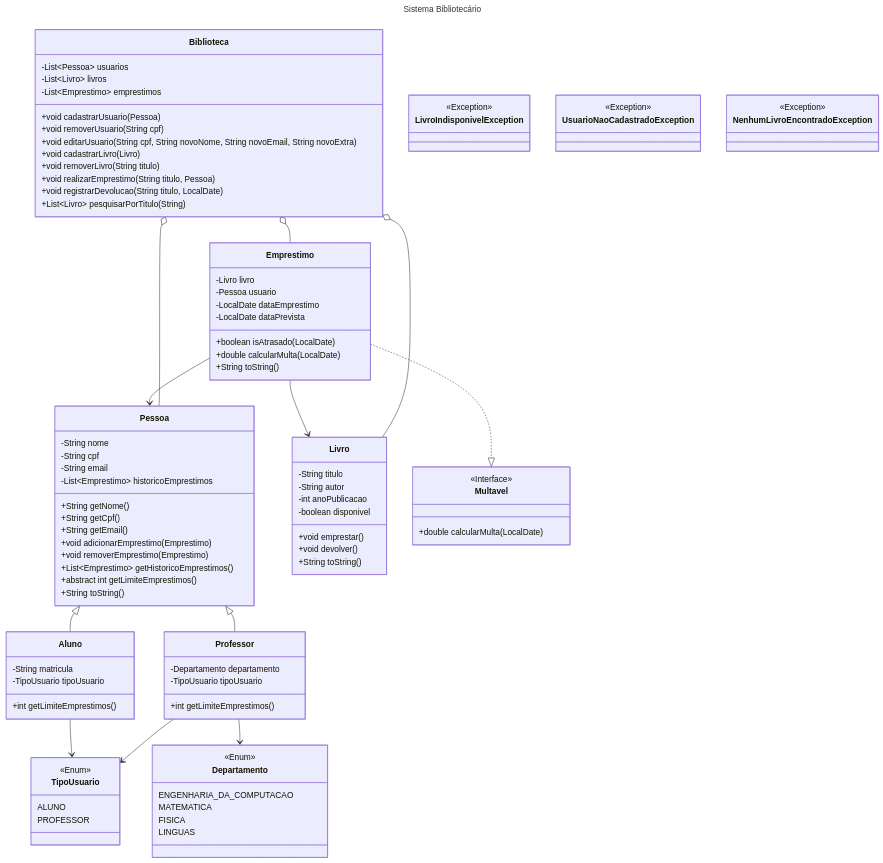
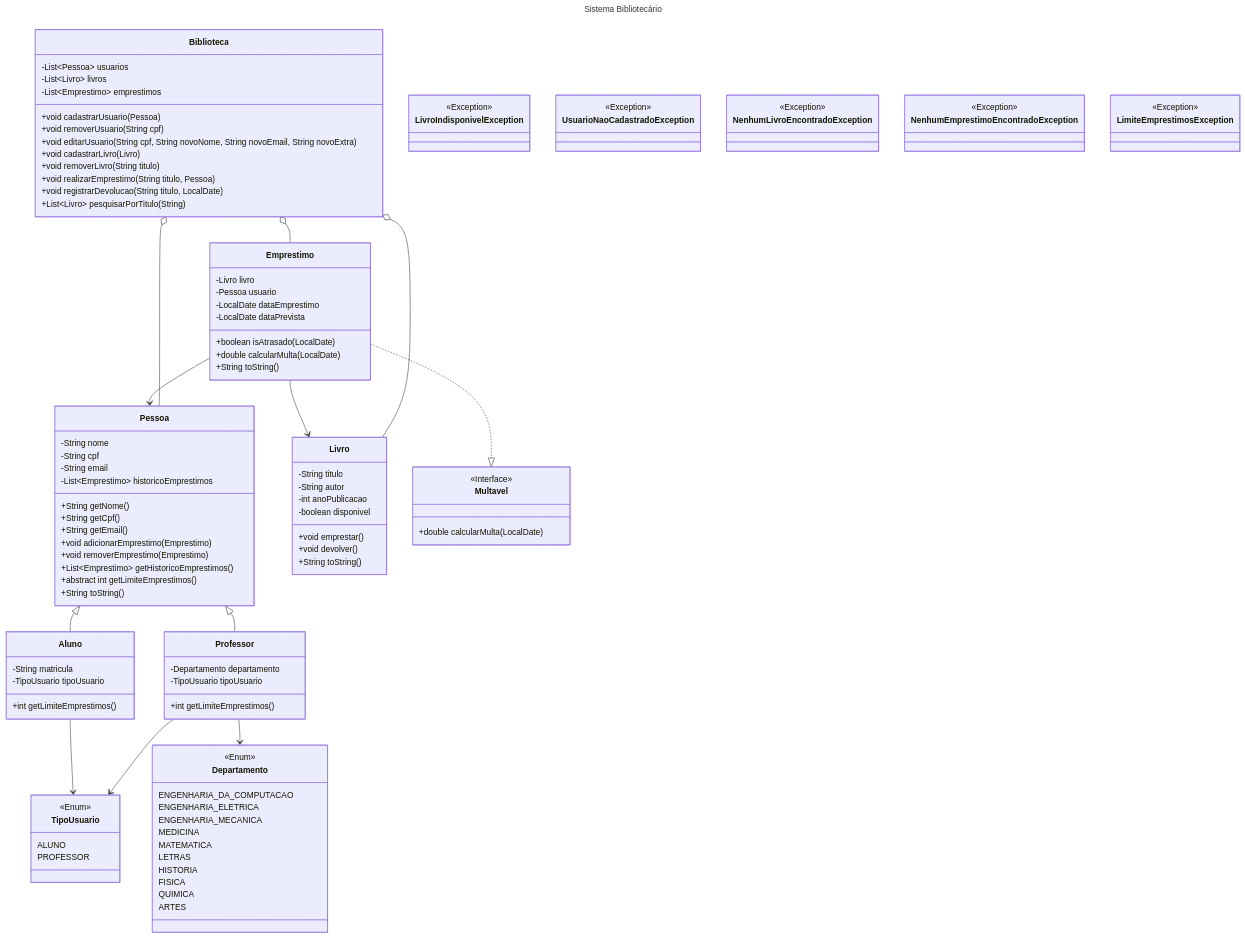
One commit to raissabbsa/Projeto-Final changed the diagram in README.md. Above: the diagram before and after it, drawn with Mermaid. The commit also changed other lines of this file and 6 other files, not shown here.

Commit message:
Diagrama UML completo

```diff
--- a/README.md
+++ b/README.md
@@ -185,9 +185,15 @@
     class Departamento {
         <<Enum>>
         ENGENHARIA_DA_COMPUTACAO
+        ENGENHARIA_ELETRICA
+        ENGENHARIA_MECANICA
+        MEDICINA
         MATEMATICA
+        LETRAS
+        HISTORIA
         FISICA
-        LINGUAS
+        QUIMICA
+        ARTES
     }
 
     class Multavel {
@@ -207,6 +213,14 @@
         <<Exception>>
     }
 
+    class NenhumEmprestimoEncontradoException {
+        <<Exception>>
+    }
+
+    class LimiteEmprestimosException {
+        <<Exception>>
+    }
+
     Pessoa <|-- Aluno
     Pessoa <|-- Professor
     Emprestimo --> Livro
```
